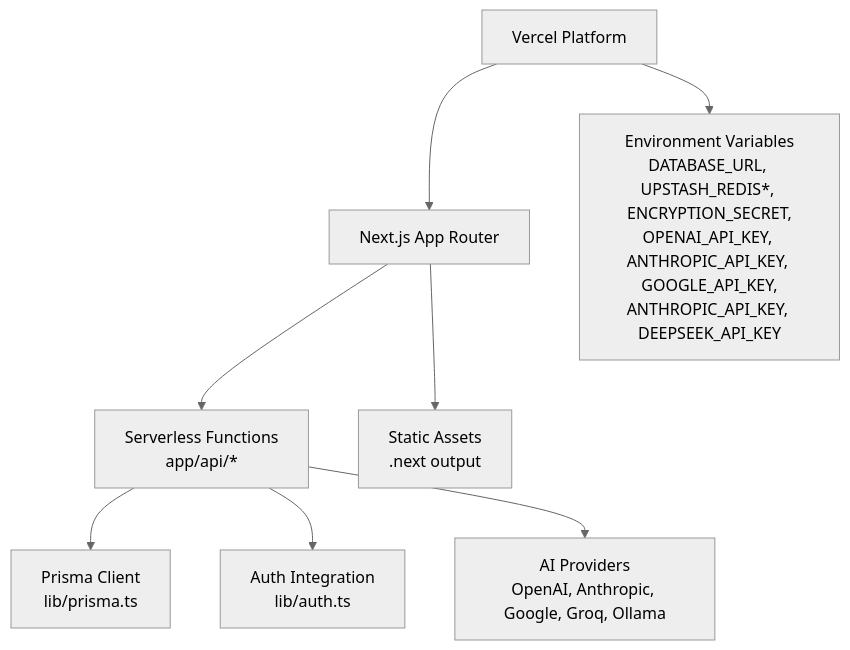
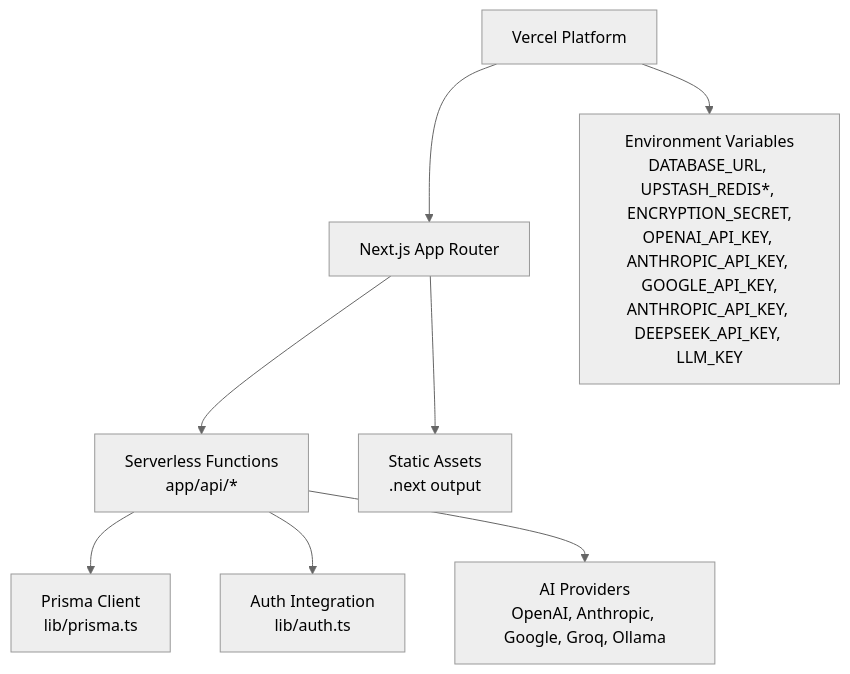
One commit to shekhargiri005-dotcom/AI-powered-accessibility-first-UI-engine changed the first of 10 diagrams in .qoder/repowiki/en/content/Deployment & Operations/Vercel Deployment.md. Above: the diagram before and after it, drawn with Mermaid (neutral theme). The commit also changed other lines of this file and 20 other files, not shown here.

````diff
--- a/.qoder/repowiki/en/content/Deployment & Operations/Vercel Deployment.md
+++ b/.qoder/repowiki/en/content/Deployment & Operations/Vercel Deployment.md
@@ -34,10 +47,10 @@
 ```mermaid
 graph TB
 A["Vercel Platform"] --> B["Next.js App Router"]
 B --> C["Serverless Functions<br/>app/api/*"]
 C --> D["Prisma Client<br/>lib/prisma.ts"]
 C --> E["Auth Integration<br/>lib/auth.ts"]
 C --> F["AI Providers<br/>OpenAI, Anthropic, Google, Groq, Ollama"]
 B --> G["Static Assets<br/>.next output"]
-A --> H["Environment Variables<br/>DATABASE_URL, UPSTASH_REDIS*, ENCRYPTION_SECRET,<br/>OPENAI_API_KEY, ANTHROPIC_API_KEY, GOOGLE_API_KEY,<br/>ANTHROPIC_API_KEY, DEEPSEEK_API_KEY"]
+A --> H["Environment Variables<br/>DATABASE_URL, UPSTASH_REDIS*, ENCRYPTION_SECRET,<br/>OPENAI_API_KEY, ANTHROPIC_API_KEY, GOOGLE_API_KEY,<br/>ANTHROPIC_API_KEY, DEEPSEEK_API_KEY, LLM_KEY"]
 ```
````
